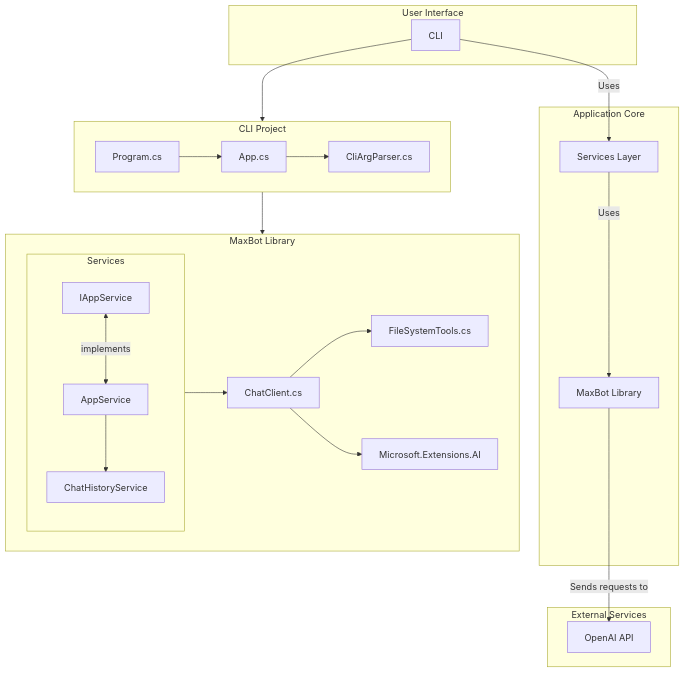
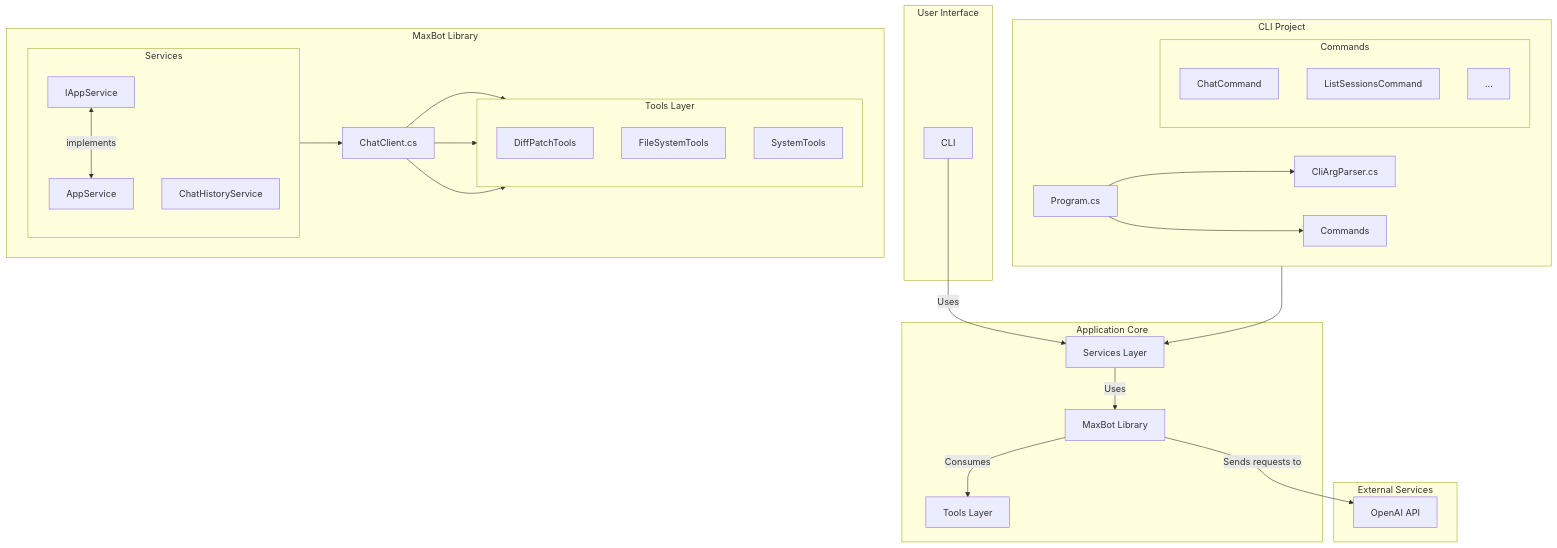
The first of 2 diagrams in .clinerules/developer_guidelines.md (peakflames/mogzi), drawn with Mermaid before and after one commit. The commit also changed other lines of this file, not shown here.

Commit message:
update developer_guidelines to align with latest code layout

````diff
--- a/.clinerules/developer_guidelines.md
+++ b/.clinerules/developer_guidelines.md
@@ -104,43 +105,58 @@
 ```mermaid
 graph TD
     subgraph "User Interface"
         A[CLI]
     end
 
     subgraph "Application Core"
         B[MaxBot Library]
         S[Services Layer]
+        T[Tools Layer]
     end
 
     subgraph "External Services"
         C[OpenAI API]
     end
 
     A -- "Uses" --> S
     S -- "Uses" --> B
+    B -- "Consumes" --> T
     B -- "Sends requests to" --> C
 
     subgraph "CLI Project"
         direction LR
-        D[Program.cs] --> E[App.cs]
-        E --> F[CliArgParser.cs]
+        D[Program.cs] --> E[CliArgParser.cs]
+        D --> CMDs[Commands]
+        subgraph "Commands"
+            direction TB
+            CMD1[ChatCommand]
+            CMD2[ListSessionsCommand]
+            CMD3[...]
+        end
+        CMDs --> S
     end
 
     subgraph "MaxBot Library"
         direction LR
-        G[ChatClient.cs] --> H[FileSystemTools.cs]
-        G --> I[Microsoft.Extensions.AI]
         
         subgraph "Services"
             direction TB
             J[IAppService] <-- "implements" --> K[AppService]
             L[ChatHistoryService]
         end
+
+        subgraph "Tools Layer"
+            direction TB
+            T1[DiffPatchTools]
+            T2[FileSystemTools]
+            T3[SystemTools]
+        end
         
+        G[ChatClient.cs]
+
         K --> G
-        K --> L
+        G --> T1
+        G --> T2
+        G --> T3
     end
-
-    A --> D
-    E --> J
 ```
````
